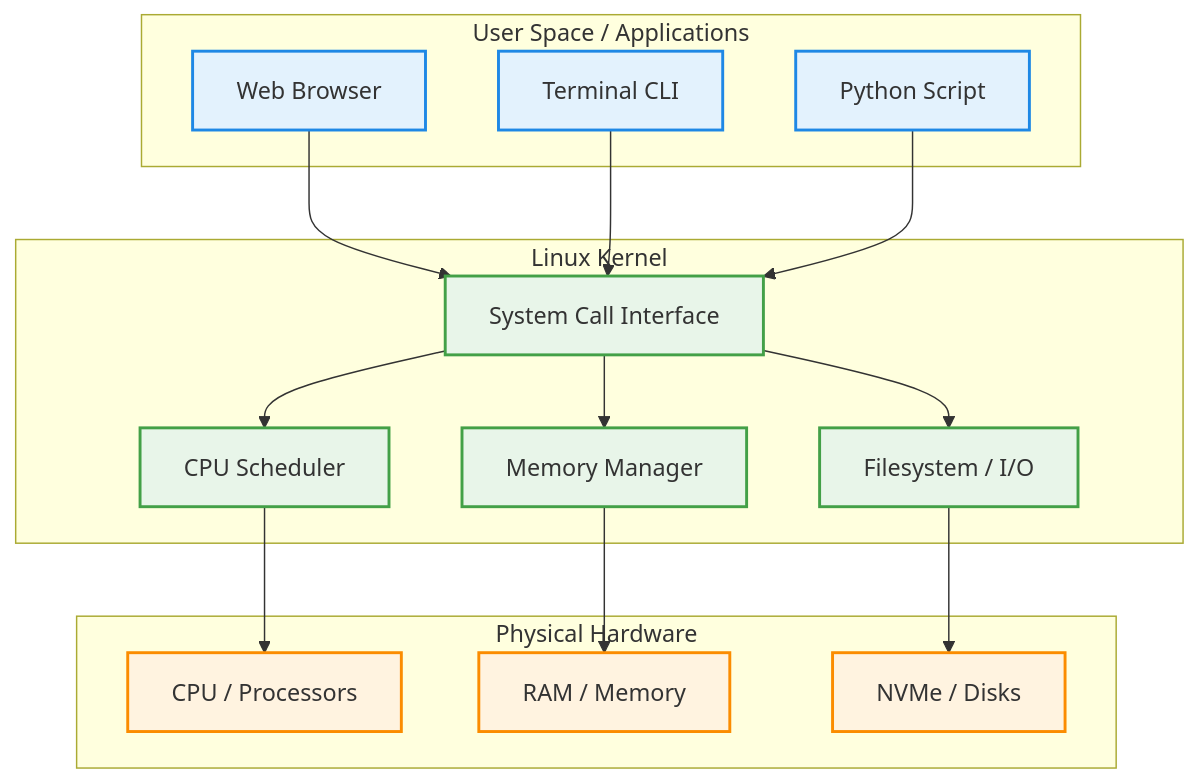
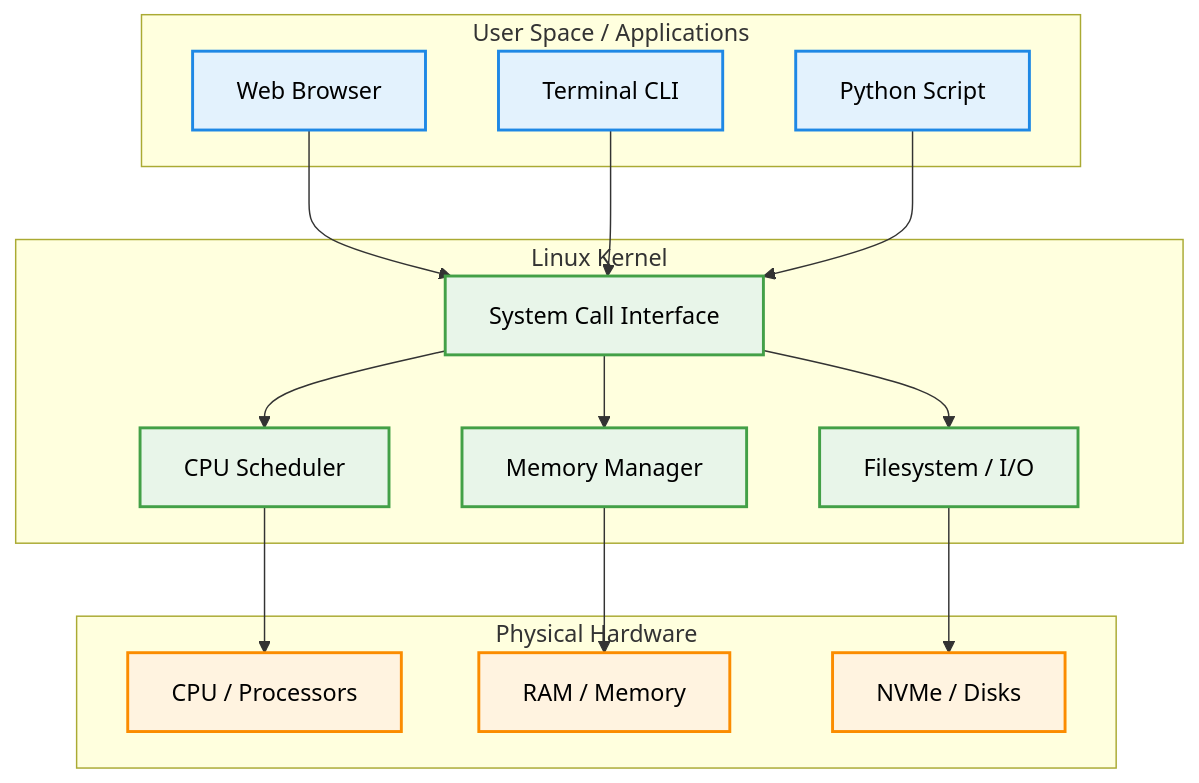
The diagram in courses/platform-engineering/modules/module-01/lesson-01.md (aloysiuspattath/platform-engineering-ai-course), drawn with Mermaid before and after one commit. The commit also changed 53 other files, not shown here.

Commit message:
fix: enforce high-contrast black text on mermaid diagram fills for dark mode readability

````diff
--- a/courses/platform-engineering/modules/module-01/lesson-01.md
+++ b/courses/platform-engineering/modules/module-01/lesson-01.md
@@ -77,37 +77,37 @@
 ```mermaid
 flowchart TD
-    classDef userSpace fill:#e3f2fd,stroke:#1e88e5,stroke-width:2px;
-    classDef kernelSpace fill:#e8f5e9,stroke:#43a047,stroke-width:2px;
-    classDef hardware fill:#fff3e0,stroke:#fb8c00,stroke-width:2px;
+    classDef userSpace fill:#e3f2fd,stroke:#1e88e5,stroke-width:2px,color:#000000;
+    classDef kernelSpace fill:#e8f5e9,stroke:#43a047,stroke-width:2px,color:#000000;
+    classDef hardware fill:#fff3e0,stroke:#fb8c00,stroke-width:2px,color:#000000;
 
     subgraph UserSpace [User Space / Applications]
         App1[Web Browser]:::userSpace
         App2[Terminal CLI]:::userSpace
         App3[Python Script]:::userSpace
     end
 
     subgraph KernelSpace [Linux Kernel]
         SysCall[System Call Interface]:::kernelSpace
         K_Sched[CPU Scheduler]:::kernelSpace
         K_Mem[Memory Manager]:::kernelSpace
         K_VFS[Filesystem / I/O]:::kernelSpace
         
         SysCall --> K_Sched
         SysCall --> K_Mem
         SysCall --> K_VFS
     end
 
     subgraph Hardware [Physical Hardware]
         HW_CPU[CPU / Processors]:::hardware
         HW_RAM[RAM / Memory]:::hardware
         HW_DISK[NVMe / Disks]:::hardware
     end
 
     App1 --> SysCall
     App2 --> SysCall
     App3 --> SysCall
 
     K_Sched --> HW_CPU
     K_Mem --> HW_RAM
     K_VFS --> HW_DISK
 ```
````
